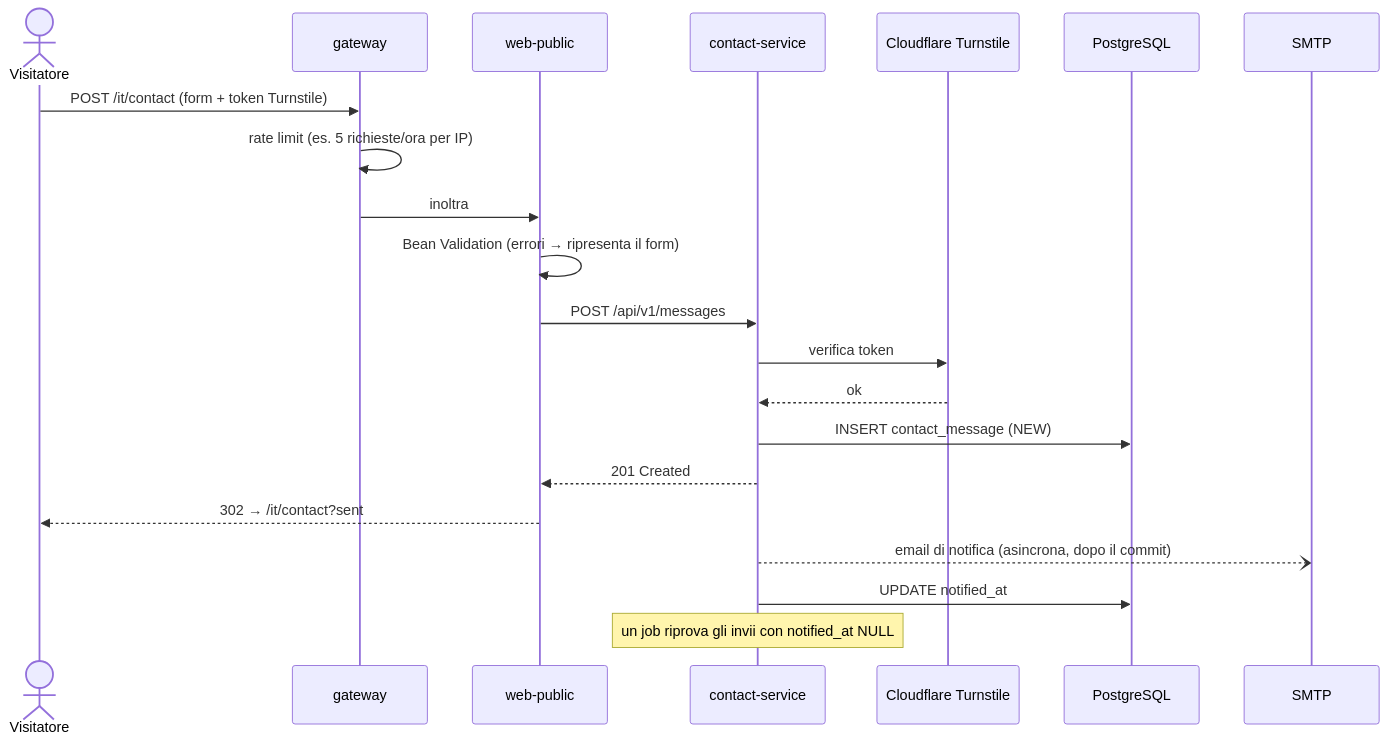
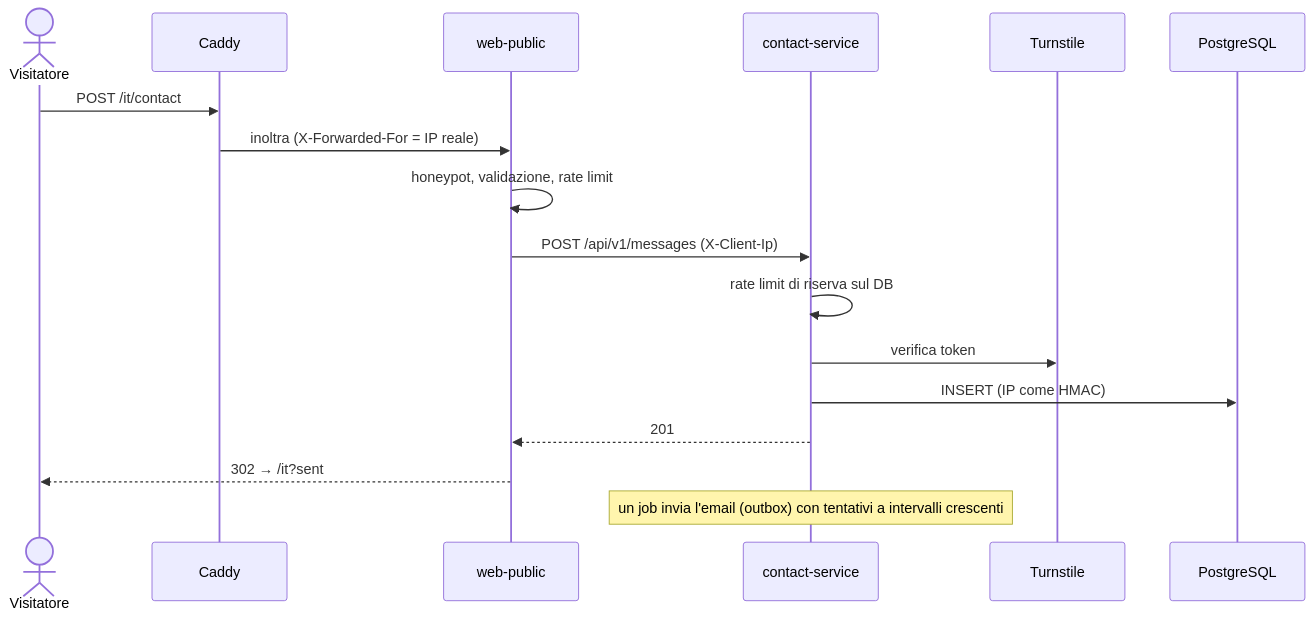
The diagram in docs/ARCHITETTURA.md (JesusAlvarado2005/sito-j), drawn with Mermaid before and after one commit. The commit also changed other lines of this file and 14 other files, not shown here.

````diff
--- a/docs/ARCHITETTURA.md
+++ b/docs/ARCHITETTURA.md
@@ -426,23 +110,19 @@
 ```mermaid
 sequenceDiagram
     actor V as Visitatore
-    participant GW as gateway
+    participant C as Caddy
     participant WP as web-public
     participant CS as contact-service
-    participant T as Cloudflare Turnstile
+    participant T as Turnstile
     participant DB as PostgreSQL
-    participant M as SMTP
-    V->>GW: POST /it/contact (form + token Turnstile)
-    GW->>GW: rate limit (es. 5 richieste/ora per IP)
-    GW->>WP: inoltra
-    WP->>WP: Bean Validation (errori → ripresenta il form)
-    WP->>CS: POST /api/v1/messages
+    V->>C: POST /it/contact
+    C->>WP: inoltra (X-Forwarded-For = IP reale)
+    WP->>WP: honeypot, validazione, rate limit
+    WP->>CS: POST /api/v1/messages (X-Client-Ip)
+    CS->>CS: rate limit di riserva sul DB
     CS->>T: verifica token
-    T-->>CS: ok
-    CS->>DB: INSERT contact_message (NEW)
-    CS-->>WP: 201 Created
-    WP-->>V: 302 → /it/contact?sent
-    CS--)M: email di notifica (asincrona, dopo il commit)
-    CS->>DB: UPDATE notified_at
-    Note over CS: un job riprova gli invii con notified_at NULL
+    CS->>DB: INSERT (IP come HMAC)
+    CS-->>WP: 201
+    WP-->>V: 302 → /it?sent
+    Note over CS: un job invia l'email (outbox) con tentativi a intervalli crescenti
 ```
````
